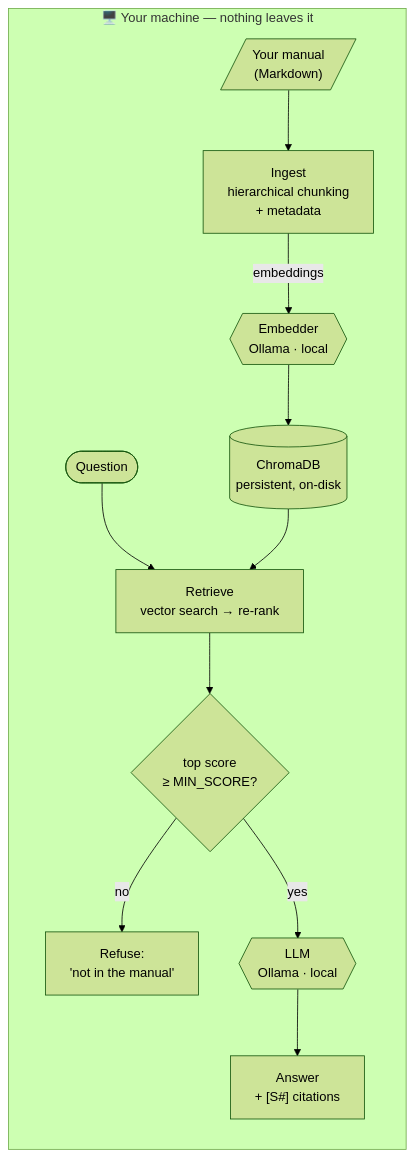
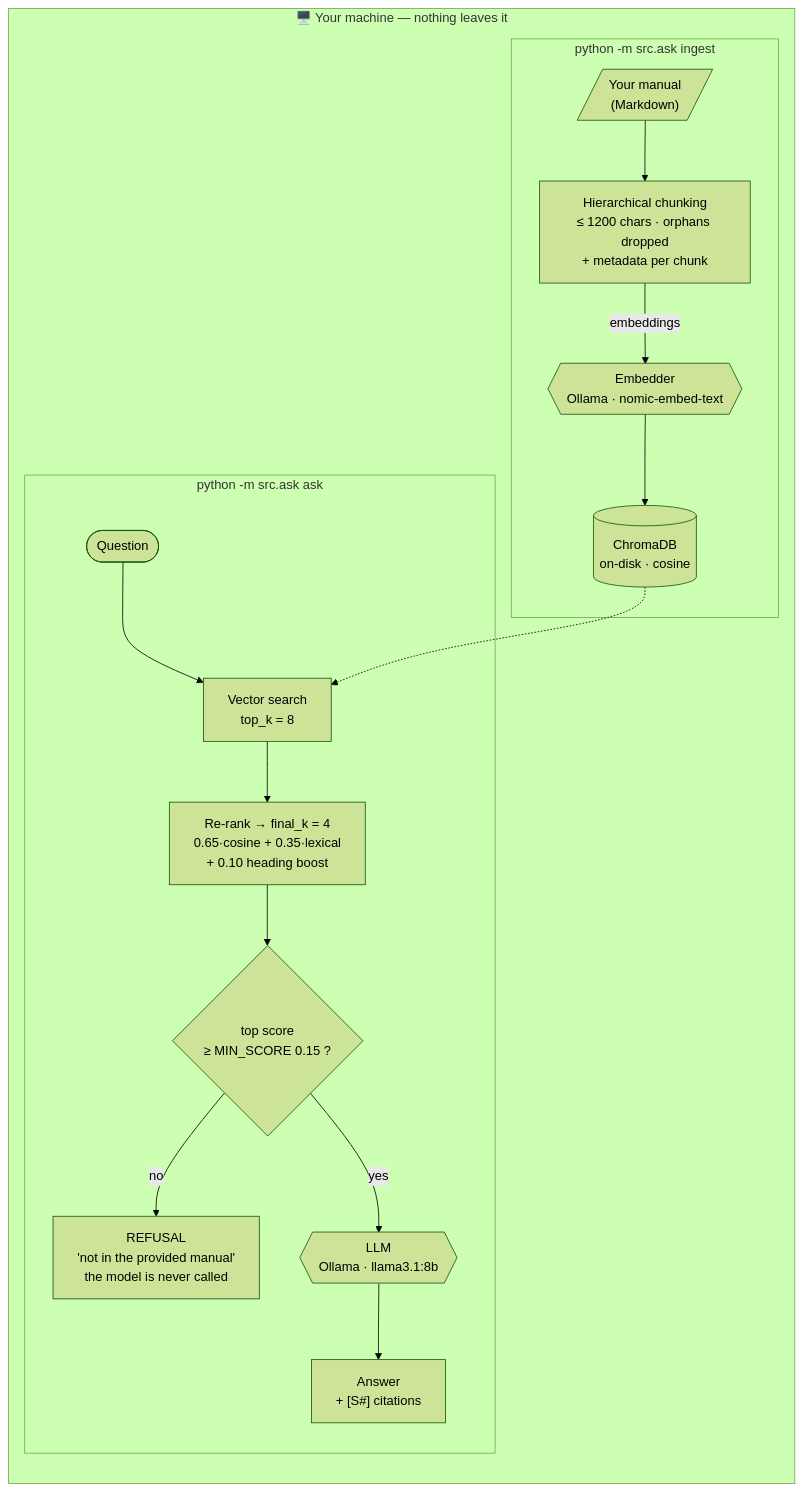
The first of 2 diagrams in README.md (msemino/private-clinical-rag), drawn with Mermaid (forest theme) before and after one commit. The commit also changed other lines of this file and 2 other files, not shown here.

First line of the commit message:
README: diagrama por comando, tabla nodo->codigo, CI real y el trade-off medido

````diff
--- a/README.md
+++ b/README.md
@@ -41,14 +45,19 @@
 ```mermaid
 flowchart LR
     subgraph Local["🖥️  Your machine — nothing leaves it"]
-        DOC[/"Your manual<br/>(Markdown)"/] --> ING["Ingest<br/>hierarchical chunking<br/>+ metadata"]
-        ING -->|embeddings| EMB{{"Embedder<br/>Ollama · local"}}
-        EMB --> VDB[("ChromaDB<br/>persistent, on-disk")]
-        Q(["Question"]) --> RET["Retrieve<br/>vector search → re-rank"]
-        VDB --> RET
-        RET --> GATE{"top score<br/>≥ MIN_SCORE?"}
-        GATE -- no --> REF["Refuse:<br/>'not in the manual'"]
-        GATE -- yes --> LLM{{"LLM<br/>Ollama · local"}}
-        LLM --> ANS["Answer<br/>+ [S#] citations"]
+        subgraph Ingest["python -m src.ask ingest"]
+            DOC[/"Your manual<br/>(Markdown)"/] --> ING["Hierarchical chunking<br/>≤ 1200 chars · orphans dropped<br/>+ metadata per chunk"]
+            ING -->|embeddings| EMB{{"Embedder<br/>Ollama · nomic-embed-text"}}
+            EMB --> VDB[("ChromaDB<br/>on-disk · cosine")]
+        end
+        subgraph Ask["python -m src.ask ask"]
+            Q(["Question"]) --> RET["Vector search<br/>top_k = 8"]
+            RET --> RR["Re-rank → final_k = 4<br/>0.65·cosine + 0.35·lexical<br/>+ 0.10 heading boost"]
+            RR --> GATE{"top score<br/>≥ MIN_SCORE 0.15 ?"}
+            GATE -- no --> REF["REFUSAL<br/>'not in the provided manual'<br/>the model is never called"]
+            GATE -- yes --> LLM{{"LLM<br/>Ollama · llama3.1:8b"}}
+            LLM --> ANS["Answer<br/>+ [S#] citations"]
+        end
+        VDB -.-> RET
     end
 ```
````
